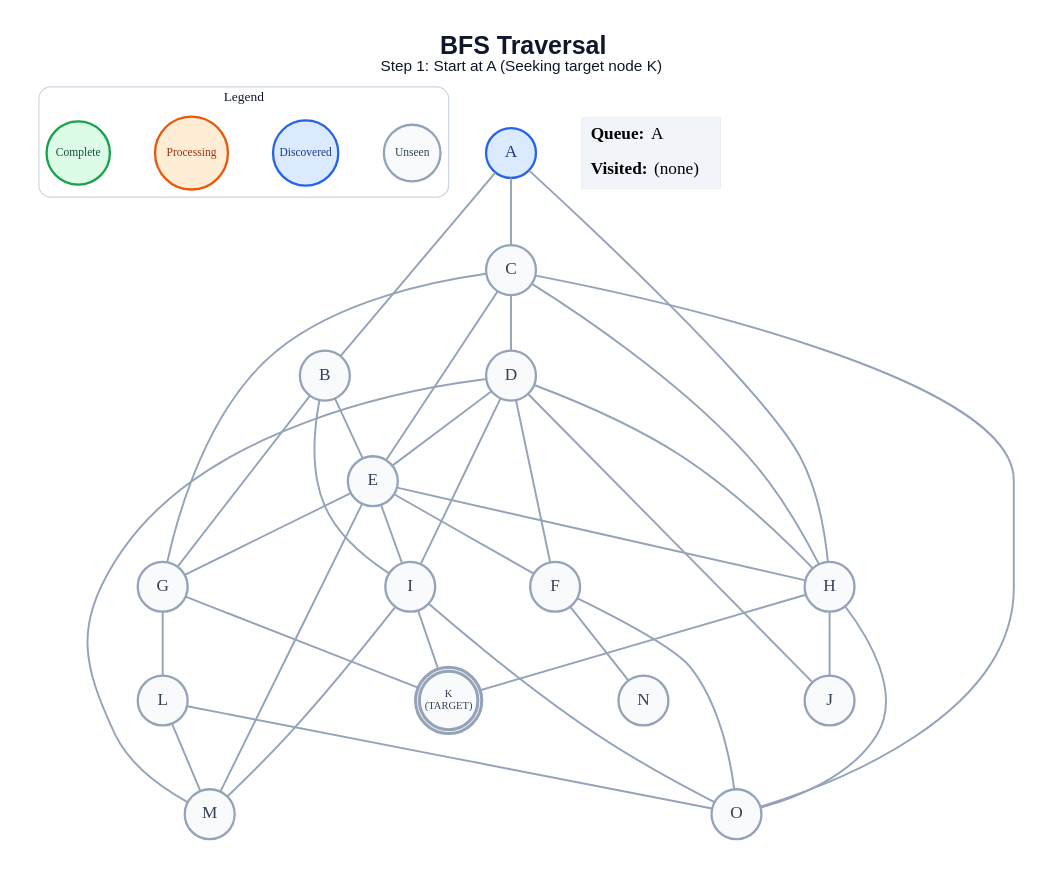
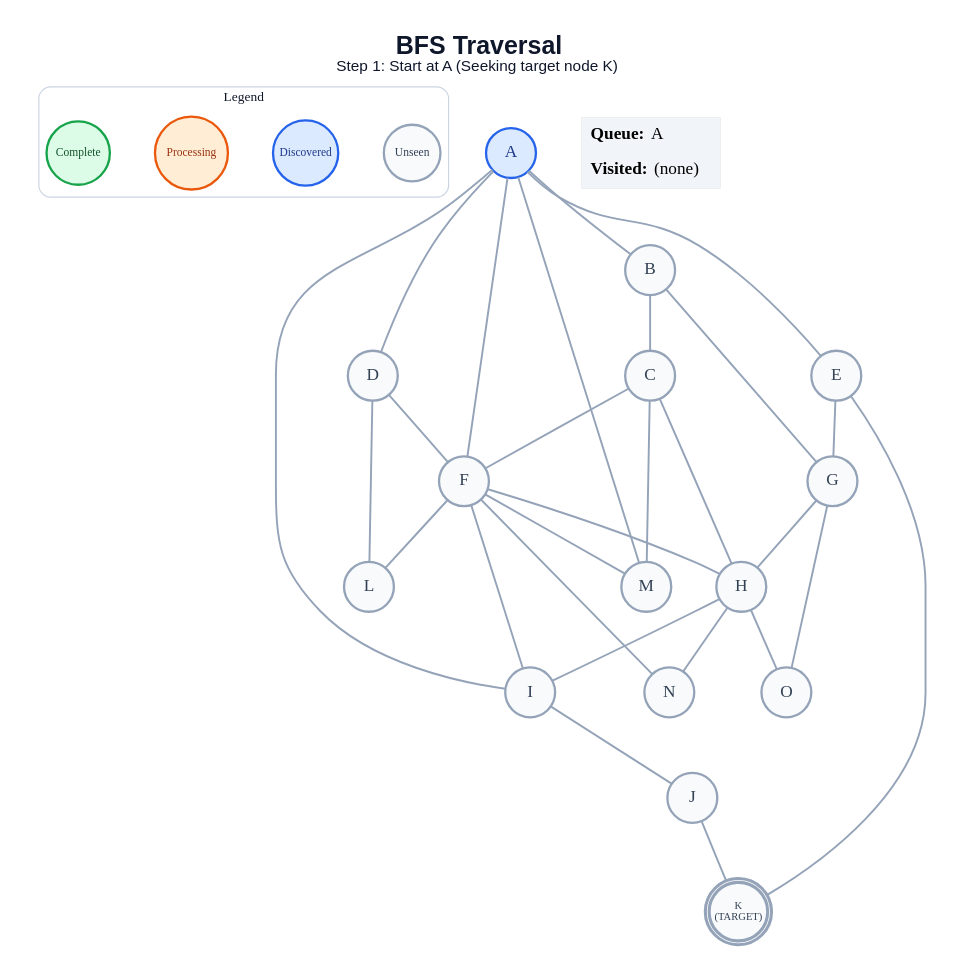
One commit to anon7238593-create/ai-slop changed the diagram in generated/specific-node/bfs/step_01.dot. Above: the diagram before and after it, drawn with Graphviz. The commit also changed 285 other files, not shown here.

```diff
--- a/generated/specific-node/bfs/step_01.dot
+++ b/generated/specific-node/bfs/step_01.dot
@@ -1,68 +1,61 @@
 graph traversal {
   graph [layout=dot, rankdir=TB, bgcolor="#FFFFFF", pad="0.35", nodesep="0.65", ranksep="0.8", fontname="Arial"];
   node [shape=circle, style="filled", fontname="Arial Bold", fontsize=18, width=0.72, fixedsize=true, penwidth=2.4];
   edge [color="#94A3B8", penwidth=2.0];
   label=<<B>BFS Traversal</B><BR/><FONT POINT-SIZE="16">Step 1: Start at A (Seeking target node K)</FONT>>; labelloc="t"; fontsize=26; fontname="Arial"; fontcolor="#0F172A";
   subgraph cluster_legend { label="Legend"; color="#CBD5E1"; penwidth=1.2; style="rounded"; fontsize=14; fontname="Arial Bold";
     key_unseen [label="Unseen", fillcolor="#F8FAFC", color="#94A3B8", fontcolor="#334155", fontsize=12, width=0.82];
     key_frontier [label="Discovered", fillcolor="#DBEAFE", color="#2563EB", fontcolor="#1E3A8A", fontsize=12, width=0.95];
     key_current [label="Processing", fillcolor="#FFEDD5", color="#EA580C", fontcolor="#9A3412", fontsize=12, width=1.05];
     key_done [label="Complete", fillcolor="#DCFCE7", color="#16A34A", fontcolor="#14532D", fontsize=12, width=0.92];
     { rank=same; key_unseen; key_frontier; key_current; key_done; }
   }
   A [label="A", fillcolor="#DBEAFE", color="#2563EB", fontcolor="#1E3A8A", peripheries=1, penwidth=2.4];
   B [label="B", fillcolor="#F8FAFC", color="#94A3B8", fontcolor="#334155", peripheries=1, penwidth=2.4];
   C [label="C", fillcolor="#F8FAFC", color="#94A3B8", fontcolor="#334155", peripheries=1, penwidth=2.4];
   D [label="D", fillcolor="#F8FAFC", color="#94A3B8", fontcolor="#334155", peripheries=1, penwidth=2.4];
   E [label="E", fillcolor="#F8FAFC", color="#94A3B8", fontcolor="#334155", peripheries=1, penwidth=2.4];
   F [label="F", fillcolor="#F8FAFC", color="#94A3B8", fontcolor="#334155", peripheries=1, penwidth=2.4];
   G [label="G", fillcolor="#F8FAFC", color="#94A3B8", fontcolor="#334155", peripheries=1, penwidth=2.4];
   H [label="H", fillcolor="#F8FAFC", color="#94A3B8", fontcolor="#334155", peripheries=1, penwidth=2.4];
   I [label="I", fillcolor="#F8FAFC", color="#94A3B8", fontcolor="#334155", peripheries=1, penwidth=2.4];
   J [label="J", fillcolor="#F8FAFC", color="#94A3B8", fontcolor="#334155", peripheries=1, penwidth=2.4];
   K [label="K\n(TARGET)", fillcolor="#F8FAFC", color="#94A3B8", fontcolor="#334155", peripheries=2, penwidth=3.2, fontsize=11, width=0.85, height=0.85];
   L [label="L", fillcolor="#F8FAFC", color="#94A3B8", fontcolor="#334155", peripheries=1, penwidth=2.4];
   M [label="M", fillcolor="#F8FAFC", color="#94A3B8", fontcolor="#334155", peripheries=1, penwidth=2.4];
   N [label="N", fillcolor="#F8FAFC", color="#94A3B8", fontcolor="#334155", peripheries=1, penwidth=2.4];
   O [label="O", fillcolor="#F8FAFC", color="#94A3B8", fontcolor="#334155", peripheries=1, penwidth=2.4];
   A -- B;
-  A -- C;
-  A -- H;
-  B -- E;
+  A -- D;
+  A -- E;
+  A -- F;
+  A -- I;
+  A -- M;
+  B -- C;
   B -- G;
-  B -- I;
-  C -- D;
-  C -- E;
-  C -- G;
+  C -- F;
   C -- H;
-  C -- O;
-  D -- E;
+  C -- M;
   D -- F;
-  D -- H;
-  D -- I;
-  D -- J;
-  D -- M;
-  E -- F;
+  D -- L;
   E -- G;
-  E -- H;
-  E -- I;
-  E -- M;
+  E -- K;
+  F -- H;
+  F -- I;
+  F -- L;
+  F -- M;
   F -- N;
-  F -- O;
-  G -- K;
-  G -- L;
-  H -- J;
-  H -- K;
+  G -- H;
+  G -- O;
+  H -- I;
+  H -- N;
   H -- O;
-  I -- K;
-  I -- M;
-  I -- O;
-  L -- M;
-  L -- O;
+  I -- J;
+  J -- K;
   status [shape=plain, fixedsize=false, width=0, height=0, margin=0, label=<
     <TABLE BORDER="0" CELLBORDER="0" CELLPADDING="7" BGCOLOR="#F1F5F9">
       <TR><TD ALIGN="LEFT"><B>Queue:</B> A</TD></TR>
       <TR><TD ALIGN="LEFT"><B>Visited:</B> (none)</TD></TR>
     </TABLE>
   >];
 }
```
